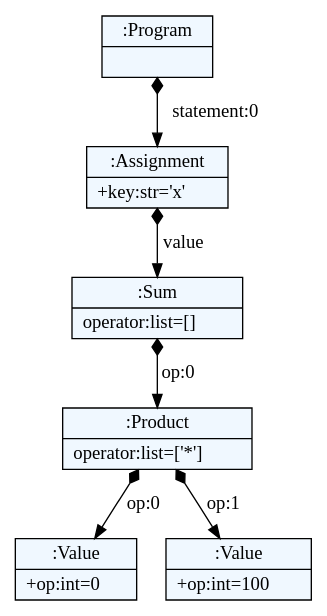
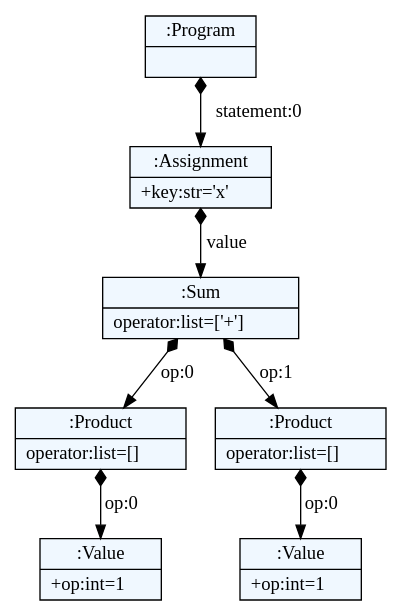
One commit to robinjack/dsl_for_data_analysis changed the diagram in examples/test_ae.dot. Above: the diagram before and after it, drawn with Graphviz. The commit also changed 15 other files, not shown here.

```diff
--- a/examples/test_ae.dot
+++ b/examples/test_ae.dot
@@ -1,26 +1,28 @@
 
     digraph textX {
     fontname = "Bitstream Vera Sans"
     fontsize = 8
     node[
         shape=record,
         style=filled,
         fillcolor=aliceblue
     ]
     nodesep = 0.3
     edge[dir=black,arrowtail=empty]
 
 
-4731220432 -> 4731220688 [label="statement:0" arrowtail=diamond dir=both]
-4731220688 -> 4731220880 [label="value" arrowtail=diamond dir=both]
-4731220880 -> 4731221008 [label="op:0" arrowtail=diamond dir=both]
-4731221008 -> 4731221200 [label="op:0" arrowtail=diamond dir=both]
-4731221200[label="{:Value|+op:int=0\l}"]
-4731221008 -> 4731221392 [label="op:1" arrowtail=diamond dir=both]
-4731221392[label="{:Value|+op:int=100\l}"]
-4731221008[label="{:Product|operator:list=['*']\l}"]
-4731220880[label="{:Sum|operator:list=[]\l}"]
-4731220688[label="{:Assignment|+key:str='x'\l}"]
-4731220432[label="{:Program|}"]
+4611731728 -> 4611858512 [label="statement:0" arrowtail=diamond dir=both]
+4611858512 -> 4611859088 [label="value" arrowtail=diamond dir=both]
+4611859088 -> 4611859216 [label="op:0" arrowtail=diamond dir=both]
+4611859216 -> 4611859408 [label="op:0" arrowtail=diamond dir=both]
+4611859408[label="{:Value|+op:int=1\l}"]
+4611859216[label="{:Product|operator:list=[]\l}"]
+4611859088 -> 4611859536 [label="op:1" arrowtail=diamond dir=both]
+4611859536 -> 4611859472 [label="op:0" arrowtail=diamond dir=both]
+4611859472[label="{:Value|+op:int=1\l}"]
+4611859536[label="{:Product|operator:list=[]\l}"]
+4611859088[label="{:Sum|operator:list=['+']\l}"]
+4611858512[label="{:Assignment|+key:str='x'\l}"]
+4611731728[label="{:Program|}"]
 
 }
```
